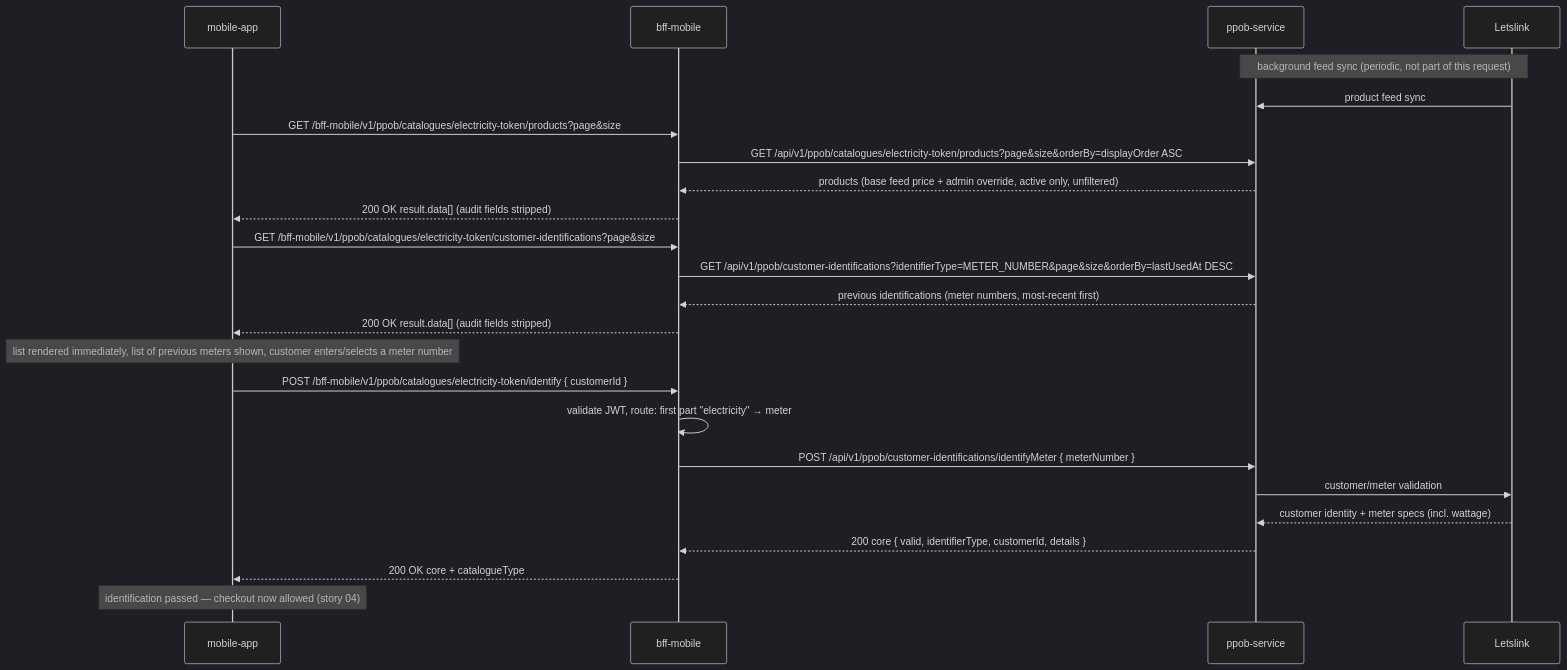
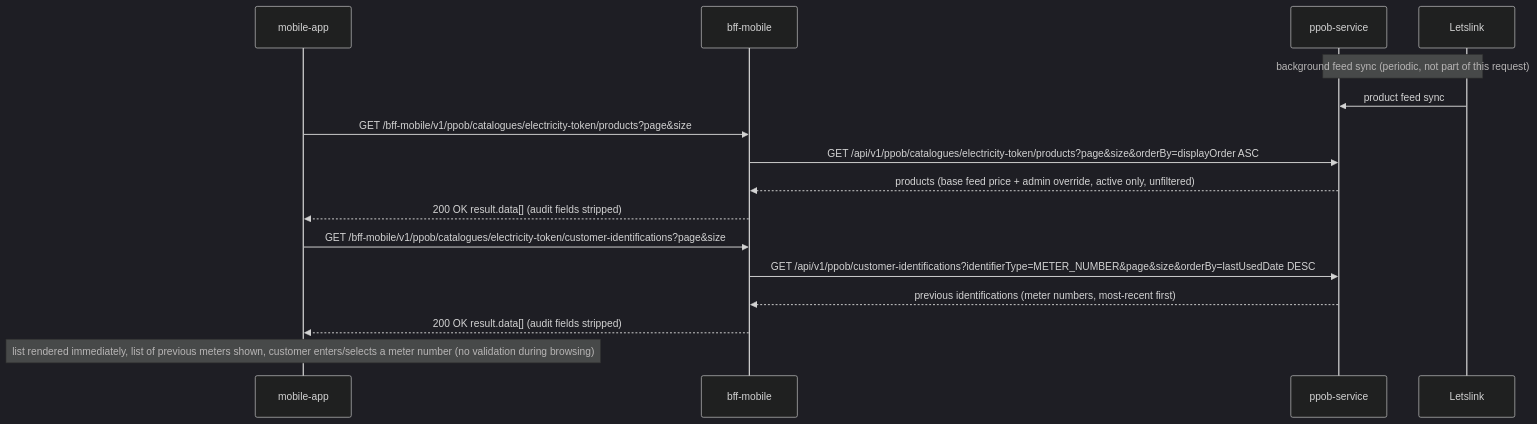
Before and after one commit to NaufalA/system-design: the diagram in designs/ppob-bnpl-pilot/api/stories/02-browse-electricity-token.md, drawn with Mermaid (dark theme). The commit also changed other lines of this file and 10 other files, not shown here.

First line of the commit message:
ppob-bnpl-pilot: customer identification — no eager recording; meter identify moves to purchase

````diff
--- a/designs/ppob-bnpl-pilot/api/stories/02-browse-electricity-token.md
+++ b/designs/ppob-bnpl-pilot/api/stories/02-browse-electricity-token.md
@@ -7,31 +7,22 @@
 ```mermaid
 sequenceDiagram
     participant app as mobile-app
     participant bff as bff-mobile
     participant ppob as ppob-service
     participant ll as Letslink
 
     Note over ll,ppob: background feed sync (periodic, not part of this request)
     ll->>ppob: product feed sync
 
     app->>bff: GET /bff-mobile/v1/ppob/catalogues/electricity-token/products?page&size
     bff->>ppob: GET /api/v1/ppob/catalogues/electricity-token/products?page&size&orderBy=displayOrder ASC
     ppob-->>bff: products (base feed price + admin override, active only, unfiltered)
     bff-->>app: 200 OK result.data[] (audit fields stripped)
 
     app->>bff: GET /bff-mobile/v1/ppob/catalogues/electricity-token/customer-identifications?page&size
-    bff->>ppob: GET /api/v1/ppob/customer-identifications?identifierType=METER_NUMBER&page&size&orderBy=lastUsedAt DESC
+    bff->>ppob: GET /api/v1/ppob/customer-identifications?identifierType=METER_NUMBER&page&size&orderBy=lastUsedDate DESC
     ppob-->>bff: previous identifications (meter numbers, most-recent first)
     bff-->>app: 200 OK result.data[] (audit fields stripped)
 
-    Note over app: list rendered immediately, list of previous meters shown, customer enters/selects a meter number
-
-    app->>bff: POST /bff-mobile/v1/ppob/catalogues/electricity-token/identify { customerId }
-    bff->>bff: validate JWT, route: first part "electricity" → meter
-    bff->>ppob: POST /api/v1/ppob/customer-identifications/identifyMeter { meterNumber }
-    ppob->>ll: customer/meter validation
-    ll-->>ppob: customer identity + meter specs (incl. wattage)
-    ppob-->>bff: 200 core { valid, identifierType, customerId, details }
-    bff-->>app: 200 OK core + catalogueType
-    Note over app: identification passed — checkout now allowed (story 04)
+    Note over app: list rendered immediately, list of previous meters shown, customer enters/selects a meter number (no validation during browsing)
 ```
````
